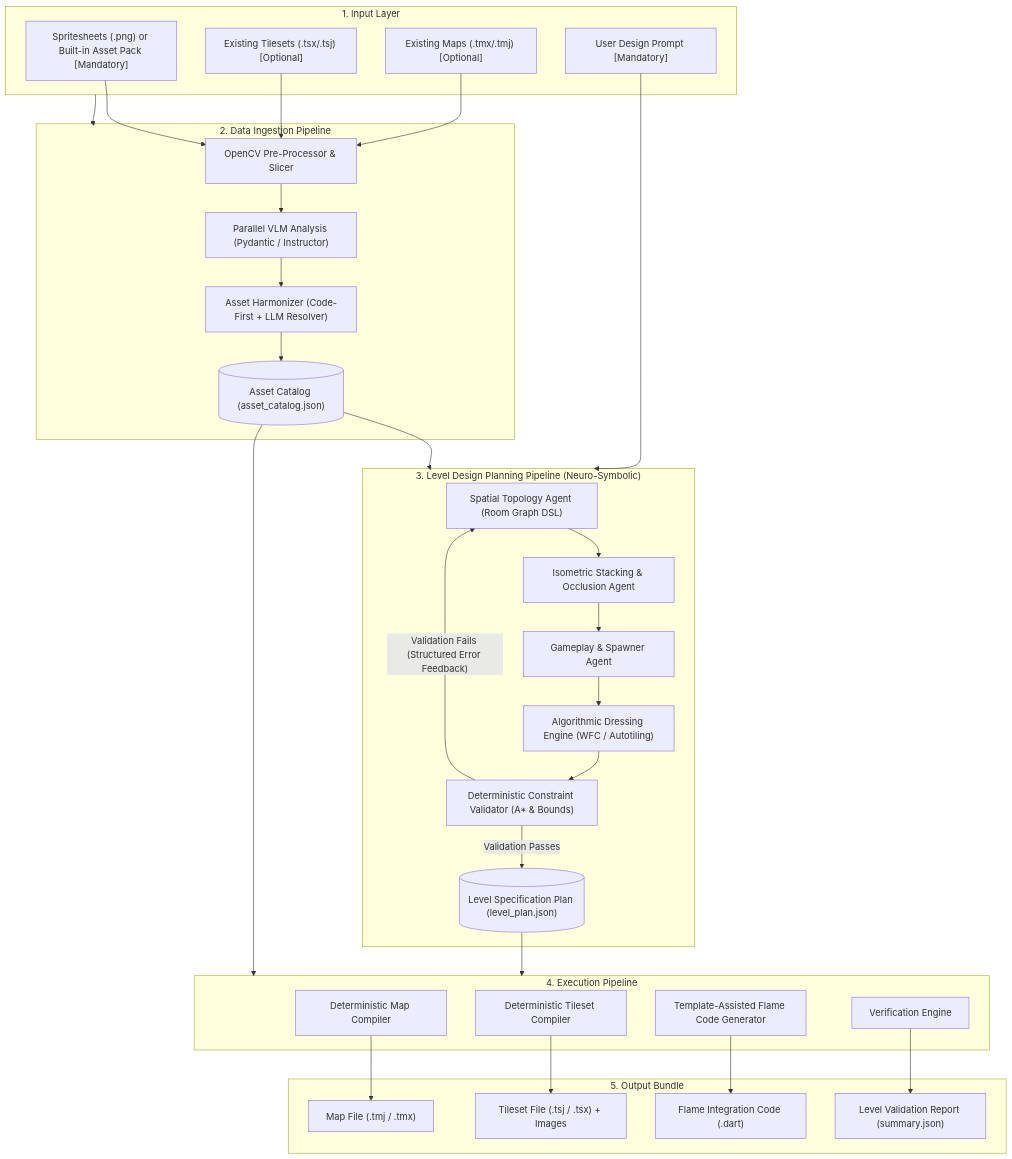
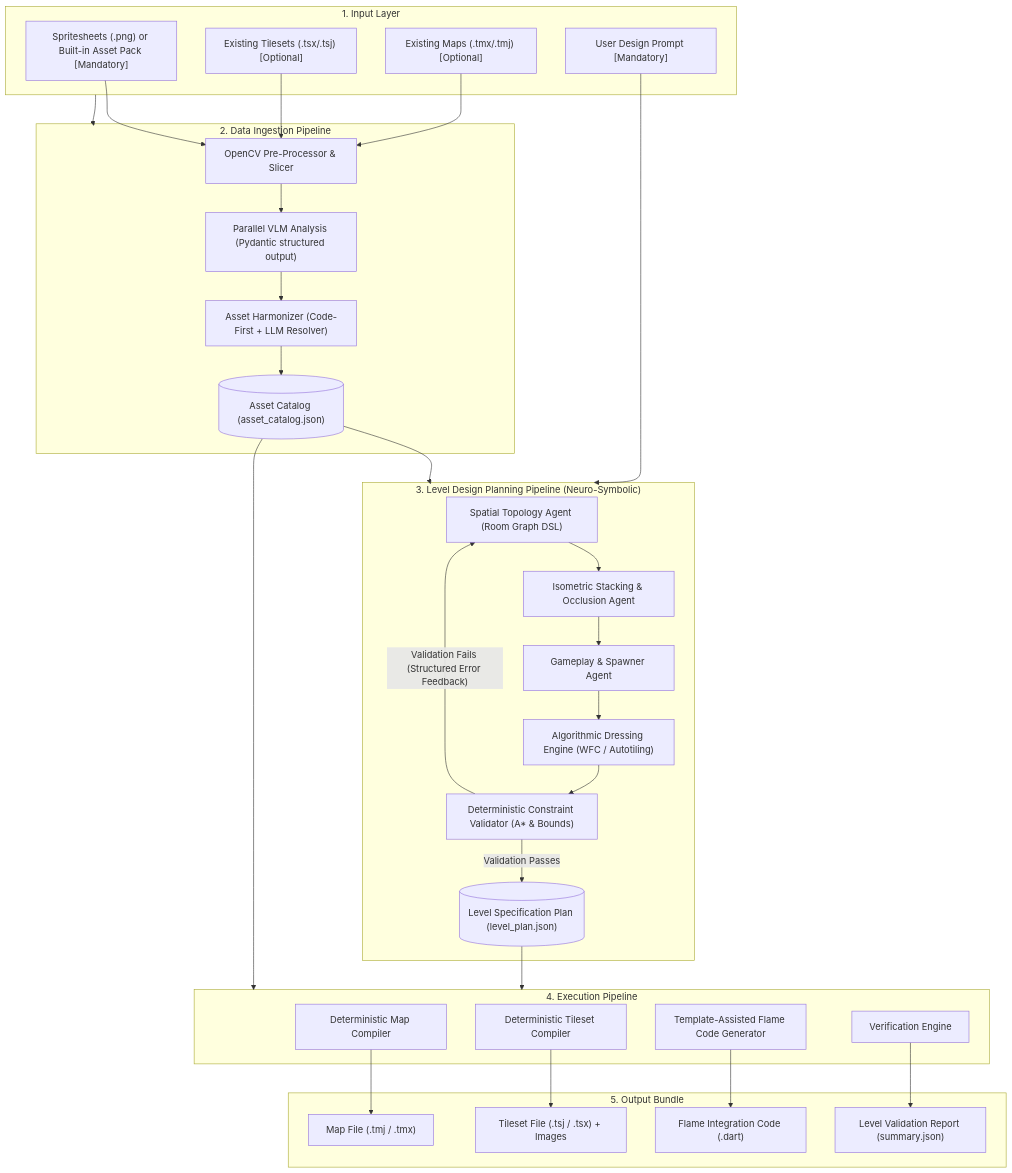
Before and after one commit to raf-xtgt/neuro-symbolic-level-designer: the first of 4 diagrams in ARCHITECTURE.md, drawn with Mermaid. The commit also changed other lines of this file and 59 other files, not shown here.

````diff
--- a/ARCHITECTURE.md
+++ b/ARCHITECTURE.md
@@ -45,55 +45,55 @@
 ```mermaid
 flowchart TD
     subgraph Inputs ["1. Input Layer"]
         A1["Spritesheets (.png) or Built-in Asset Pack [Mandatory]"]
         A2["Existing Tilesets (.tsx/.tsj) [Optional]"]
         A3["Existing Maps (.tmx/.tmj) [Optional]"]
         A4["User Design Prompt [Mandatory]"]
     end
 
     subgraph Ingestion ["2. Data Ingestion Pipeline"]
         B1["OpenCV Pre-Processor & Slicer"]
-        B2["Parallel VLM Analysis (Pydantic / Instructor)"]
+        B2["Parallel VLM Analysis (Pydantic structured output)"]
         B3["Asset Harmonizer (Code-First + LLM Resolver)"]
         B4[("Asset Catalog (asset_catalog.json)")]
     end
 
     subgraph Planning ["3. Level Design Planning Pipeline (Neuro-Symbolic)"]
         C1["Spatial Topology Agent (Room Graph DSL)"]
         C2["Isometric Stacking & Occlusion Agent"]
         C3["Gameplay & Spawner Agent"]
         C4["Algorithmic Dressing Engine (WFC / Autotiling)"]
         C5["Deterministic Constraint Validator (A* & Bounds)"]
         C6[("Level Specification Plan (level_plan.json)")]
         
         C5 -- "Validation Fails (Structured Error Feedback)" --> C1
         C5 -- "Validation Passes" --> C6
     end
 
     subgraph Execution ["4. Execution Pipeline"]
         D1["Deterministic Map Compiler"]
         D2["Deterministic Tileset Compiler"]
         D3["Template-Assisted Flame Code Generator"]
         D4["Verification Engine"]
     end
 
     subgraph Outputs ["5. Output Bundle"]
         E1["Map File (.tmj / .tmx)"]
         E2["Tileset File (.tsj / .tsx) + Images"]
         E3["Flame Integration Code (.dart)"]
         E4["Level Validation Report (summary.json)"]
     end
 
     Inputs --> Ingestion
     A1 & A2 & A3 --> B1
     B1 --> B2 --> B3 --> B4
 
     B4 & A4 --> Planning
     C1 --> C2 --> C3 --> C4 --> C5
 
     B4 & C6 --> Execution
     D1 --> E1
     D2 --> E2
     D3 --> E3
     D4 --> E4
 ```
````
